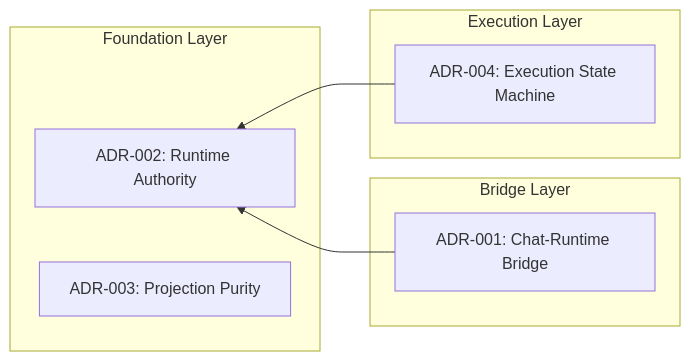
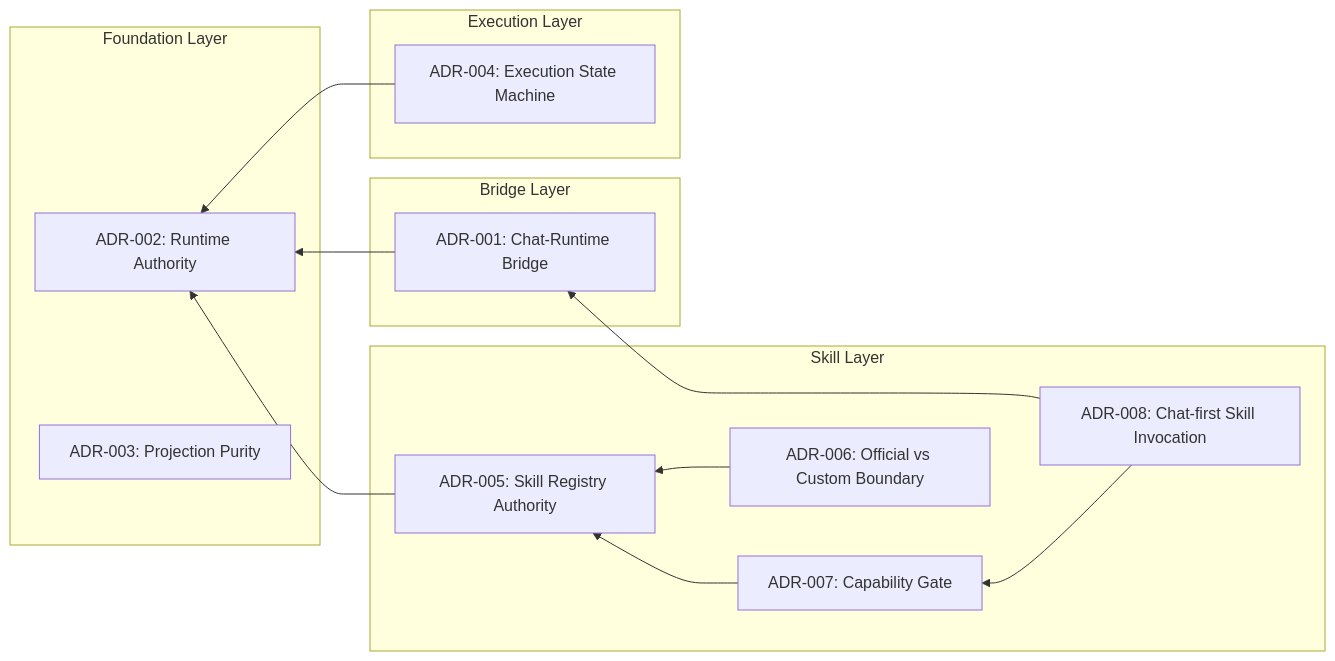
The diagram in docs/adr/README.md (hexagon-codes/hexclaw-desktop), drawn with Mermaid before and after one commit. The commit also changed other lines of this file and 21 other files, not shown here.

````diff
--- a/docs/adr/README.md
+++ b/docs/adr/README.md
@@ -51,16 +55,27 @@
 ```mermaid
 graph RL
   subgraph "Foundation Layer"
     ADR002["ADR-002: Runtime Authority"]
     ADR003["ADR-003: Projection Purity"]
   end
   subgraph "Execution Layer"
     ADR004["ADR-004: Execution State Machine"]
   end
   subgraph "Bridge Layer"
     ADR001["ADR-001: Chat-Runtime Bridge"]
   end
+  subgraph "Skill Layer"
+    ADR005["ADR-005: Skill Registry Authority"]
+    ADR006["ADR-006: Official vs Custom Boundary"]
+    ADR007["ADR-007: Capability Gate"]
+    ADR008["ADR-008: Chat-first Skill Invocation"]
+  end
 
   ADR004 --> ADR002
   ADR001 --> ADR002
+  ADR005 --> ADR002
+  ADR006 --> ADR005
+  ADR007 --> ADR005
+  ADR008 --> ADR001
+  ADR008 --> ADR007
 ```
````
